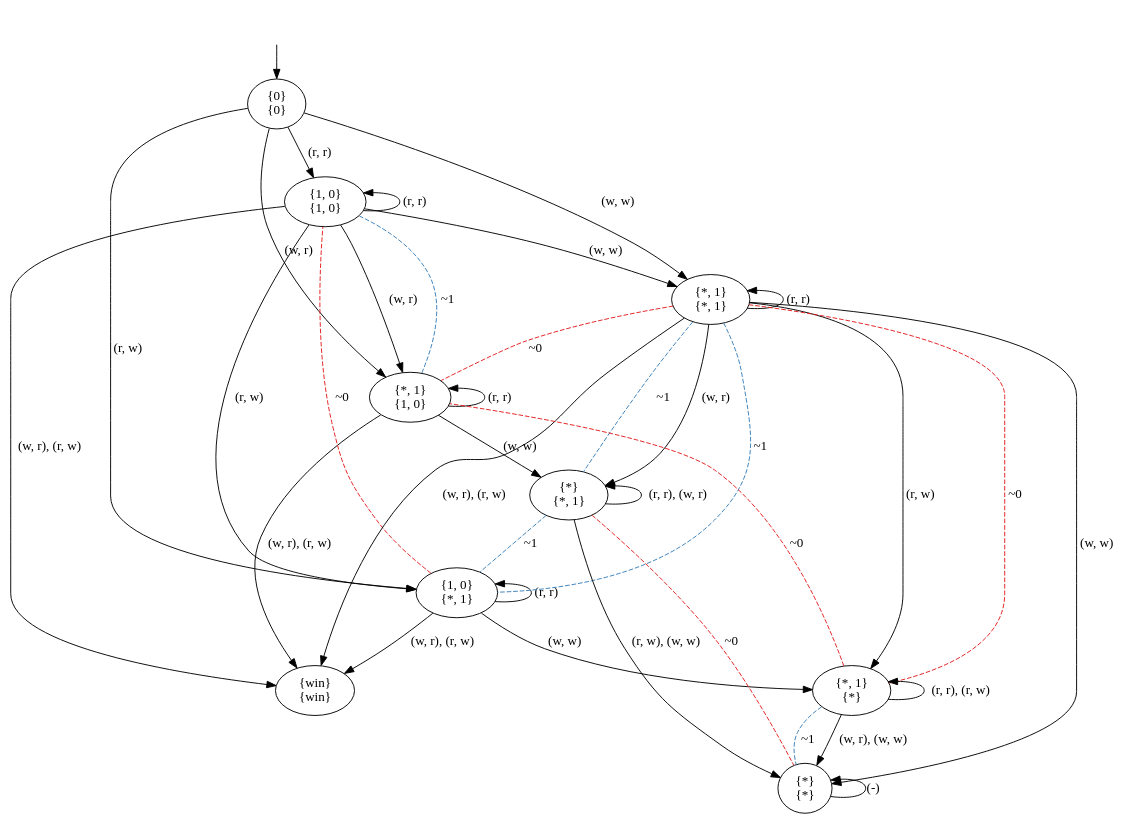
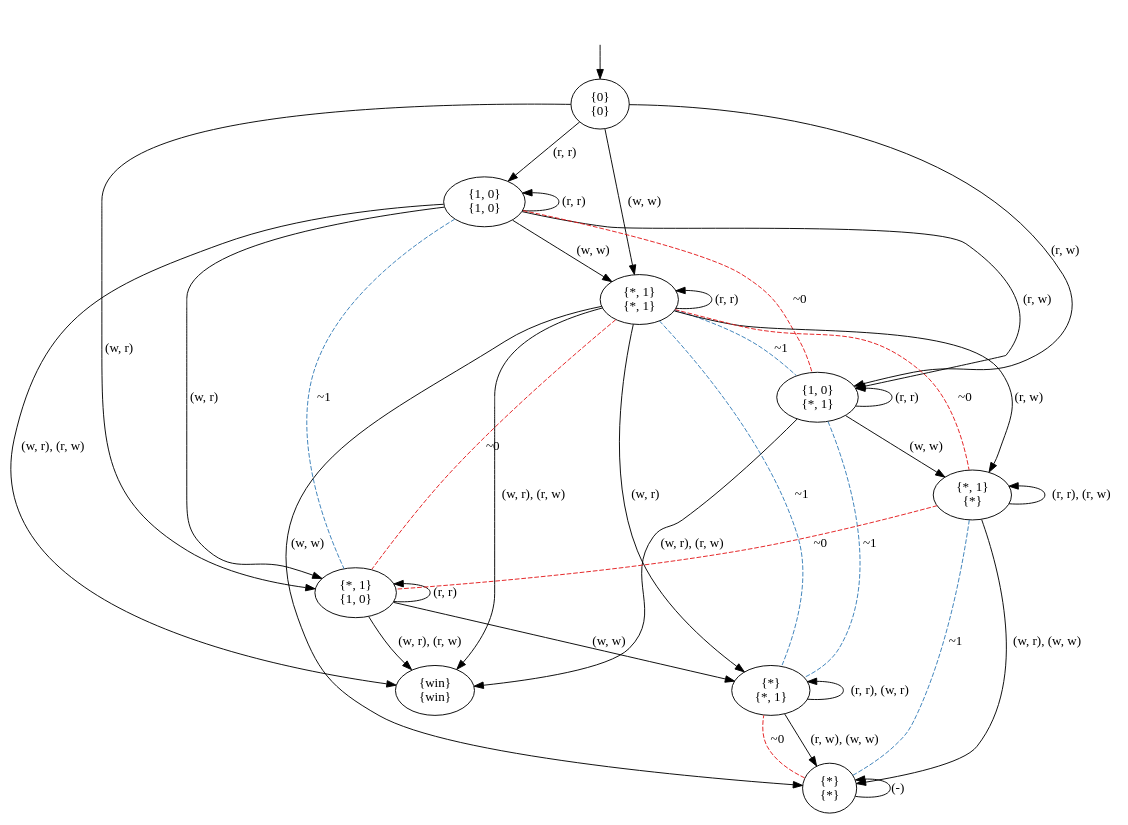
The diagram in pictures/GK.dot (olandr/mkbsc), drawn with Graphviz before and after one commit. The commit also changed 6 other files, not shown here.

```diff
--- a/pictures/GK.dot
+++ b/pictures/GK.dot
@@ -1,52 +1,52 @@
 digraph  {
 concentrate=False;
 nodesep=0.5;
 ranksep=0.5;
 splines=True;
-4656099000 [label="{0}\n{0}"];
-4656099056 [label="{1, 0}\n{1, 0}"];
-4656098160 [label="{*, 1}\n{1, 0}"];
-4656099280 [label="{1, 0}\n{*, 1}"];
-4656098440 [label="{*, 1}\n{*, 1}"];
-4656098104 [label="{win}\n{win}"];
-4656030160 [label="{*}\n{*, 1}"];
-4656030440 [label="{*, 1}\n{*}"];
-4656030832 [label="{*}\n{*}"];
+4577094848 [label="{0}\n{0}"];
+4577095296 [label="{1, 0}\n{1, 0}"];
+4577095128 [label="{*, 1}\n{1, 0}"];
+4577095240 [label="{1, 0}\n{*, 1}"];
+4577094792 [label="{*, 1}\n{*, 1}"];
+4577095352 [label="{win}\n{win}"];
+4577026792 [label="{*}\n{*, 1}"];
+4577027072 [label="{*, 1}\n{*}"];
+4577027464 [label="{*}\n{*}"];
 hidden [label="", shape=none];
-4656099000 -> 4656099056  [action="('r', 'r')", key="('r', 'r')", label="(r, r)"];
-4656099000 -> 4656098160  [action="('w', 'r')", key="('w', 'r')", label="(w, r)"];
-4656099000 -> 4656099280  [action="('r', 'w')", key="('r', 'w')", label="(r, w)"];
-4656099000 -> 4656098440  [action="('w', 'w')", key="('w', 'w')", label="(w, w)"];
-4656099056 -> 4656099056  [action="('r', 'r')", dir=back, key="('r', 'r')", label="(r, r)"];
-4656099056 -> 4656098160  [action="('w', 'r')", key="('w', 'r')", label="(w, r)"];
-4656099056 -> 4656099280  [action="('r', 'w')", key="('r', 'w')", label="(r, w)"];
-4656099056 -> 4656098440  [action="('w', 'w')", key="('w', 'w')", label="(w, w)"];
-4656099056 -> 4656098104  [action="(('w', 'r'), ('r', 'w'))", key="(('w', 'r'), ('r', 'w'))", label="(w, r), (r, w)"];
-4656098160 -> 4656098160  [action="('r', 'r')", dir=back, key="('r', 'r')", label="(r, r)"];
-4656098160 -> 4656030160  [action="('w', 'w')", key="('w', 'w')", label="(w, w)"];
-4656098160 -> 4656098104  [action="(('w', 'r'), ('r', 'w'))", key="(('w', 'r'), ('r', 'w'))", label="(w, r), (r, w)"];
-4656098160 -> 4656099056  [arrowhead=none, color=2, colorscheme=set19, constraint=True, key=0, label="~1", style=dashed];
-4656099280 -> 4656099280  [action="('r', 'r')", dir=back, key="('r', 'r')", label="(r, r)"];
-4656099280 -> 4656030440  [action="('w', 'w')", key="('w', 'w')", label="(w, w)"];
-4656099280 -> 4656098104  [action="(('w', 'r'), ('r', 'w'))", key="(('w', 'r'), ('r', 'w'))", label="(w, r), (r, w)"];
-4656099280 -> 4656099056  [arrowhead=none, color=1, colorscheme=set19, constraint=True, key=0, label="~0", style=dashed];
-4656098440 -> 4656098440  [action="('r', 'r')", dir=back, key="('r', 'r')", label="(r, r)"];
-4656098440 -> 4656030160  [action="('w', 'r')", key="('w', 'r')", label="(w, r)"];
-4656098440 -> 4656030160  [arrowhead=none, color=2, colorscheme=set19, constraint=True, key=1, label="~1", style=dashed];
-4656098440 -> 4656030440  [action="('r', 'w')", key="('r', 'w')", label="(r, w)"];
-4656098440 -> 4656030440  [arrowhead=none, color=1, colorscheme=set19, constraint=True, key=1, label="~0", style=dashed];
-4656098440 -> 4656030832  [action="('w', 'w')", key="('w', 'w')", label="(w, w)"];
-4656098440 -> 4656098104  [action="(('w', 'r'), ('r', 'w'))", key="(('w', 'r'), ('r', 'w'))", label="(w, r), (r, w)"];
-4656098440 -> 4656098160  [arrowhead=none, color=1, colorscheme=set19, constraint=True, key=0, label="~0", style=dashed];
-4656098440 -> 4656099280  [arrowhead=none, color=2, colorscheme=set19, constraint=True, key=0, label="~1", style=dashed];
-4656030160 -> 4656030160  [action="(('r', 'r'), ('w', 'r'))", dir=back, key="(('r', 'r'), ('w', 'r'))", label="(r, r), (w, r)"];
-4656030160 -> 4656030832  [action="(('r', 'w'), ('w', 'w'))", key="(('r', 'w'), ('w', 'w'))", label="(r, w), (w, w)"];
-4656030160 -> 4656030832  [arrowhead=none, color=1, colorscheme=set19, constraint=True, key=1, label="~0", style=dashed];
-4656030160 -> 4656099280  [arrowhead=none, color=2, colorscheme=set19, constraint=True, key=0, label="~1", style=dashed];
-4656030440 -> 4656030440  [action="(('r', 'r'), ('r', 'w'))", dir=back, key="(('r', 'r'), ('r', 'w'))", label="(r, r), (r, w)"];
-4656030440 -> 4656030832  [action="(('w', 'r'), ('w', 'w'))", key="(('w', 'r'), ('w', 'w'))", label="(w, r), (w, w)"];
-4656030440 -> 4656030832  [arrowhead=none, color=2, colorscheme=set19, constraint=True, key=1, label="~1", style=dashed];
-4656030440 -> 4656098160  [arrowhead=none, color=1, colorscheme=set19, constraint=True, key=0, label="~0", style=dashed];
-4656030832 -> 4656030832  [action="(('r', 'r'), ('w', 'r'), ('r', 'w'), ('w', 'w'))", dir=back, key="(('r', 'r'), ('w', 'r'), ('r', 'w'), ('w', 'w'))", label="(-)"];
-hidden -> 4656099000  [key=0];
+4577094848 -> 4577095296  [action="('r', 'r')", key="('r', 'r')", label="(r, r)"];
+4577094848 -> 4577095128  [action="('w', 'r')", key="('w', 'r')", label="(w, r)"];
+4577094848 -> 4577095240  [action="('r', 'w')", key="('r', 'w')", label="(r, w)"];
+4577094848 -> 4577094792  [action="('w', 'w')", key="('w', 'w')", label="(w, w)"];
+4577095296 -> 4577095296  [action="('r', 'r')", dir=back, key="('r', 'r')", label="(r, r)"];
+4577095296 -> 4577095128  [action="('w', 'r')", key="('w', 'r')", label="(w, r)"];
+4577095296 -> 4577095128  [arrowhead=none, color=2, colorscheme=set19, constraint=True, key=1, label="~1", style=dashed];
+4577095296 -> 4577095240  [action="('r', 'w')", key="('r', 'w')", label="(r, w)"];
+4577095296 -> 4577095240  [arrowhead=none, color=1, colorscheme=set19, constraint=True, key=1, label="~0", style=dashed];
+4577095296 -> 4577094792  [action="('w', 'w')", key="('w', 'w')", label="(w, w)"];
+4577095296 -> 4577095352  [action="(('w', 'r'), ('r', 'w'))", key="(('w', 'r'), ('r', 'w'))", label="(w, r), (r, w)"];
+4577095128 -> 4577095128  [action="('r', 'r')", dir=back, key="('r', 'r')", label="(r, r)"];
+4577095128 -> 4577026792  [action="('w', 'w')", key="('w', 'w')", label="(w, w)"];
+4577095128 -> 4577095352  [action="(('w', 'r'), ('r', 'w'))", key="(('w', 'r'), ('r', 'w'))", label="(w, r), (r, w)"];
+4577095240 -> 4577095240  [action="('r', 'r')", dir=back, key="('r', 'r')", label="(r, r)"];
+4577095240 -> 4577027072  [action="('w', 'w')", key="('w', 'w')", label="(w, w)"];
+4577095240 -> 4577095352  [action="(('w', 'r'), ('r', 'w'))", key="(('w', 'r'), ('r', 'w'))", label="(w, r), (r, w)"];
+4577095240 -> 4577026792  [arrowhead=none, color=2, colorscheme=set19, constraint=True, key=0, label="~1", style=dashed];
+4577094792 -> 4577094792  [action="('r', 'r')", dir=back, key="('r', 'r')", label="(r, r)"];
+4577094792 -> 4577026792  [action="('w', 'r')", key="('w', 'r')", label="(w, r)"];
+4577094792 -> 4577026792  [arrowhead=none, color=2, colorscheme=set19, constraint=True, key=1, label="~1", style=dashed];
+4577094792 -> 4577027072  [action="('r', 'w')", key="('r', 'w')", label="(r, w)"];
+4577094792 -> 4577027072  [arrowhead=none, color=1, colorscheme=set19, constraint=True, key=1, label="~0", style=dashed];
+4577094792 -> 4577027464  [action="('w', 'w')", key="('w', 'w')", label="(w, w)"];
+4577094792 -> 4577095352  [action="(('w', 'r'), ('r', 'w'))", key="(('w', 'r'), ('r', 'w'))", label="(w, r), (r, w)"];
+4577094792 -> 4577095128  [arrowhead=none, color=1, colorscheme=set19, constraint=True, key=0, label="~0", style=dashed];
+4577094792 -> 4577095240  [arrowhead=none, color=2, colorscheme=set19, constraint=True, key=0, label="~1", style=dashed];
+4577026792 -> 4577026792  [action="(('r', 'r'), ('w', 'r'))", dir=back, key="(('r', 'r'), ('w', 'r'))", label="(r, r), (w, r)"];
+4577026792 -> 4577027464  [action="(('r', 'w'), ('w', 'w'))", key="(('r', 'w'), ('w', 'w'))", label="(r, w), (w, w)"];
+4577027072 -> 4577027072  [action="(('r', 'r'), ('r', 'w'))", dir=back, key="(('r', 'r'), ('r', 'w'))", label="(r, r), (r, w)"];
+4577027072 -> 4577027464  [action="(('w', 'r'), ('w', 'w'))", key="(('w', 'r'), ('w', 'w'))", label="(w, r), (w, w)"];
+4577027072 -> 4577027464  [arrowhead=none, color=2, colorscheme=set19, constraint=True, key=1, label="~1", style=dashed];
+4577027072 -> 4577095128  [arrowhead=none, color=1, colorscheme=set19, constraint=True, key=0, label="~0", style=dashed];
+4577027464 -> 4577027464  [action="(('r', 'r'), ('w', 'r'), ('r', 'w'), ('w', 'w'))", dir=back, key="(('r', 'r'), ('w', 'r'), ('r', 'w'), ('w', 'w'))", label="(-)"];
+4577027464 -> 4577026792  [arrowhead=none, color=1, colorscheme=set19, constraint=True, key=0, label="~0", style=dashed];
+hidden -> 4577094848  [key=0];
 }
```
